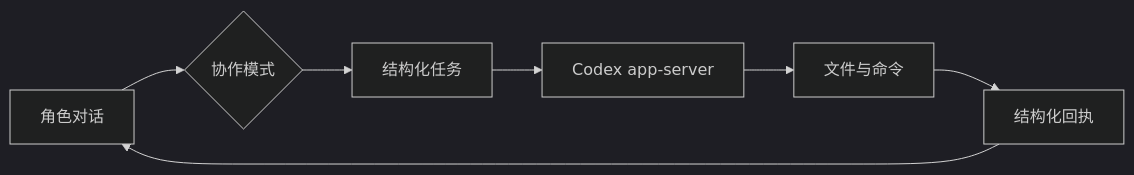
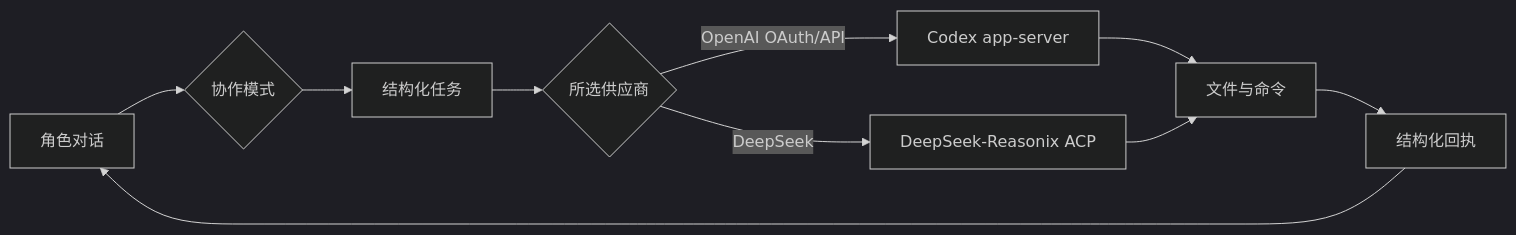
One commit to Jonah-Wu23/HSR_Partner_Harness changed the diagram in README.md. Above: the diagram before and after it, drawn with Mermaid (dark theme). The commit also changed other lines of this file and 16 other files, not shown here.

````diff
--- a/README.md
+++ b/README.md
@@ -73,9 +73,12 @@
 ```mermaid
 flowchart LR
     A[角色对话] --> B{协作模式}
     B --> C[结构化任务]
-    C --> D[Codex app-server]
-    D --> E[文件与命令]
-    E --> F[结构化回执]
-    F --> A
+    C --> D{所选供应商}
+    D -->|OpenAI OAuth/API| E[Codex app-server]
+    D -->|DeepSeek| F[DeepSeek-Reasonix ACP]
+    E --> G[文件与命令]
+    F --> G
+    G --> H[结构化回执]
+    H --> A
 ```
````
